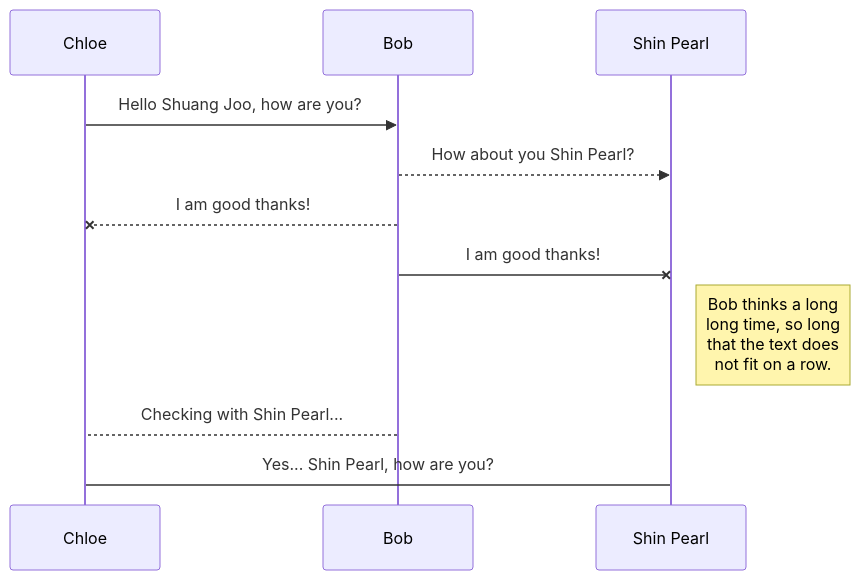
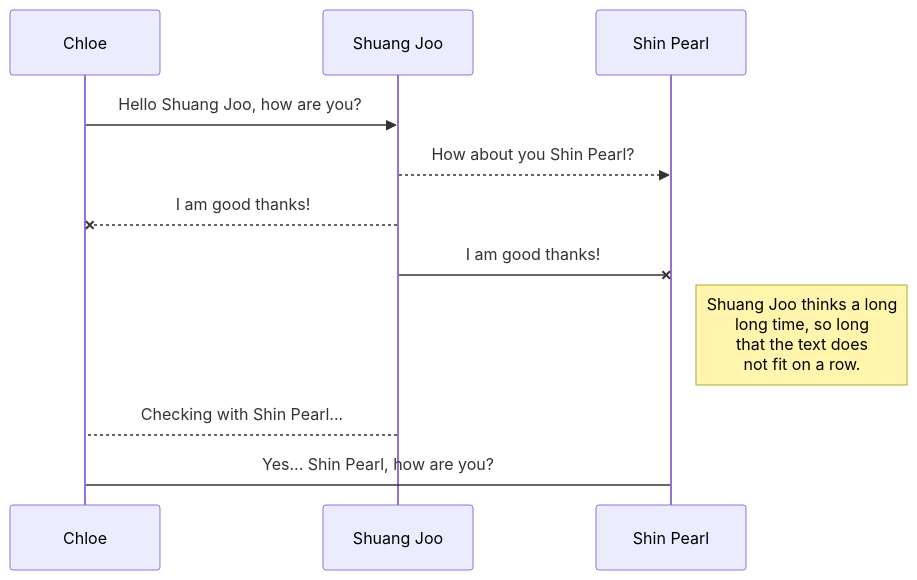
Before and after one commit to drshahizan/learn-github: the first of 2 diagrams in exercise/HPDP/khahkhehhh/readme.md, drawn with Mermaid.

````diff
--- a/exercise/HPDP/khahkhehhh/readme.md
+++ b/exercise/HPDP/khahkhehhh/readme.md
@@ -43,11 +43,11 @@
 ```mermaid
 sequenceDiagram
-Chloe ->> Bob: Hello Shuang Joo, how are you?
-Bob-->>Shin Pearl: How about you Shin Pearl?
-Bob--x Chloe: I am good thanks!
-Bob-x Shin Pearl: I am good thanks!
-Note right of Shin Pearl: Bob thinks a long<br/>long time, so long<br/>that the text does<br/>not fit on a row.
+Chloe ->> Shuang Joo: Hello Shuang Joo, how are you?
+Shuang Joo-->>Shin Pearl: How about you Shin Pearl?
+Shuang Joo--x Chloe: I am good thanks!
+Shuang Joo-x Shin Pearl: I am good thanks!
+Note right of Shin Pearl: Shuang Joo thinks a long<br/>long time, so long<br/>that the text does<br/>not fit on a row.
 
-Bob-->Chloe: Checking with Shin Pearl...
+Shuang Joo-->Chloe: Checking with Shin Pearl...
 Chloe->Shin Pearl: Yes... Shin Pearl, how are you?
 ```
````
